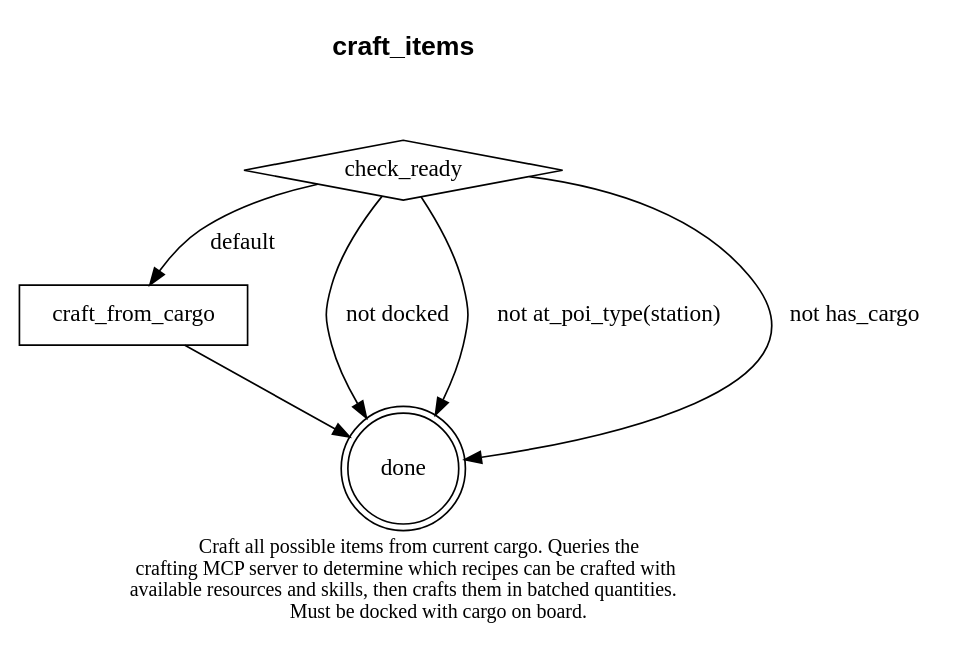
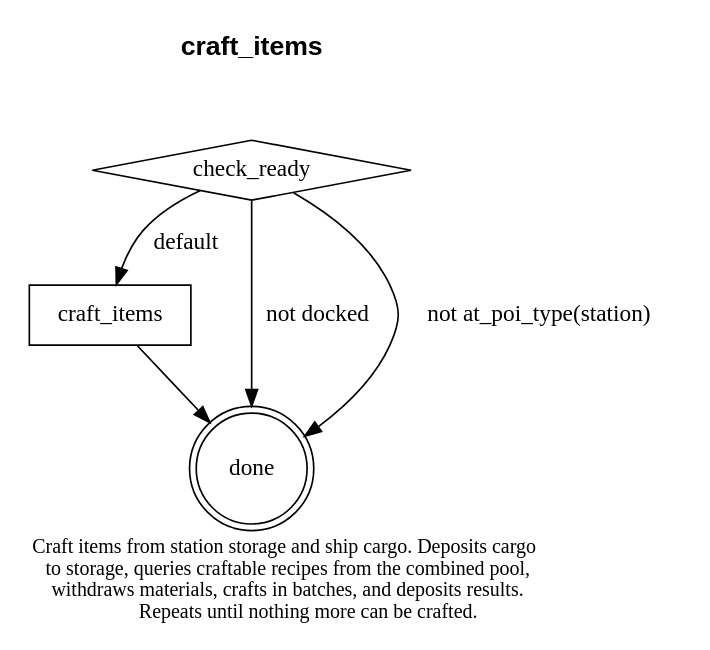
One commit to rsned/spacemolt changed the diagram in data/skills/craft_items.dot. Above: the diagram before and after it, drawn with Graphviz. The commit also changed 10 other files, not shown here.

First line of the commit message:
refactor(skills): merge craft_items and craft_from_storage into unified craft_items

```diff
--- a/data/skills/craft_items.dot
+++ b/data/skills/craft_items.dot
@@ -1,24 +1,23 @@
 digraph craft_items {
   label=<
-Craft all possible items from current cargo. Queries the<br/>
-crafting MCP server to determine which recipes can be crafted with<br/>
-available resources and skills, then crafts them in batched quantities.<br/>
-Must be docked with cargo on board.
+Craft items from station storage and ship cargo. Deposits cargo<br/>
+to storage, queries craftable recipes from the combined pool,<br/>
+withdraws materials, crafts in batches, and deposits results.<br/>
+Repeats until nothing more can be crafted.
 >
   labelloc=b
   fontsize=12
   rankdir=TB
 
   title [shape=none margin=0 fontsize=16 fontname="Helvetica-Bold" label="craft_items"]
   title -> check_ready [style=invis]
 
   check_ready [shape=diamond label="check_ready"]
-  craft [shape=box label="craft_from_cargo"]
+  craft [shape=box label="craft_items"]
   done [shape=doublecircle label="done"]
 
   check_ready -> done [label="not docked"]
   check_ready -> done [label="not at_poi_type(station)"]
-  check_ready -> done [label="not has_cargo"]
   check_ready -> craft [label="default"]
   craft -> done
 }
```
